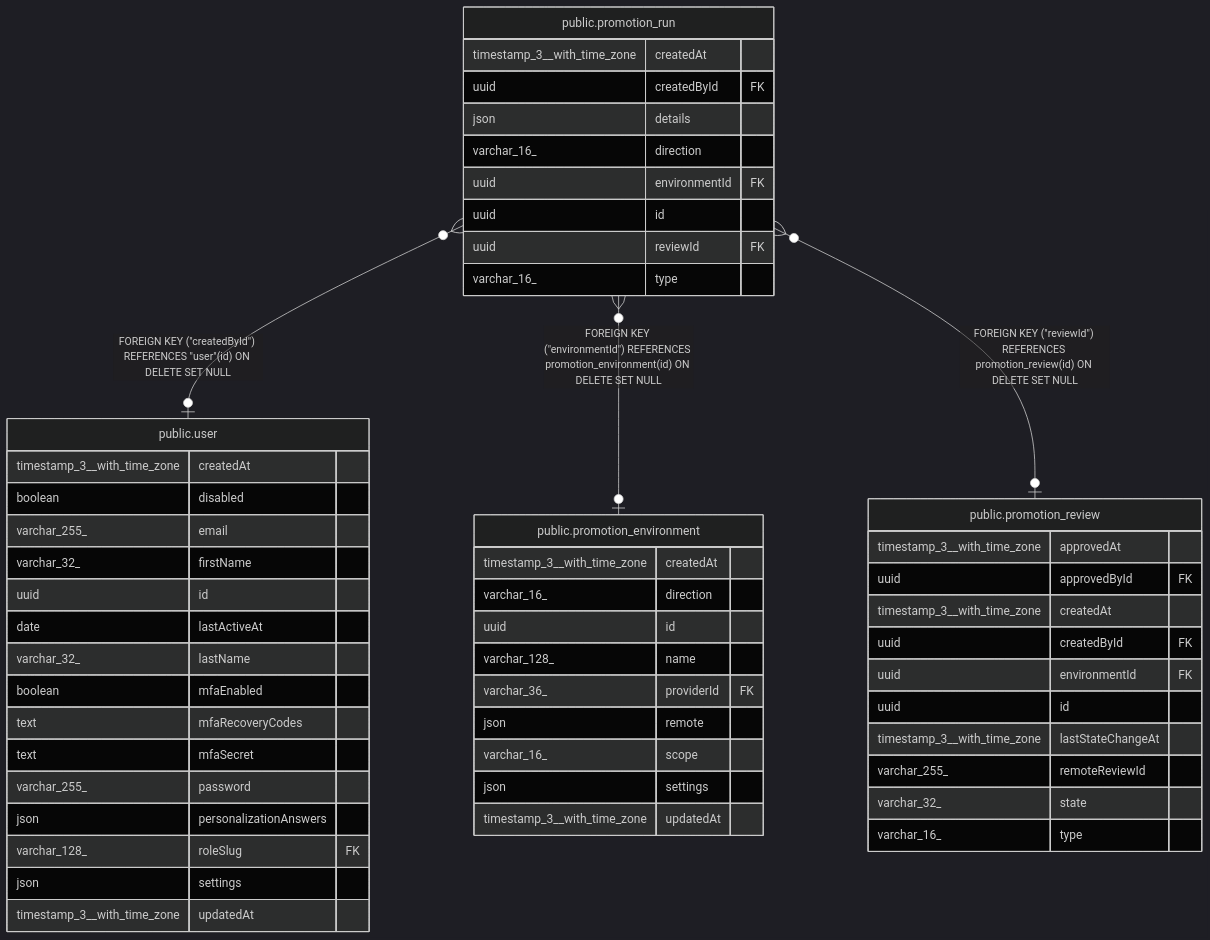
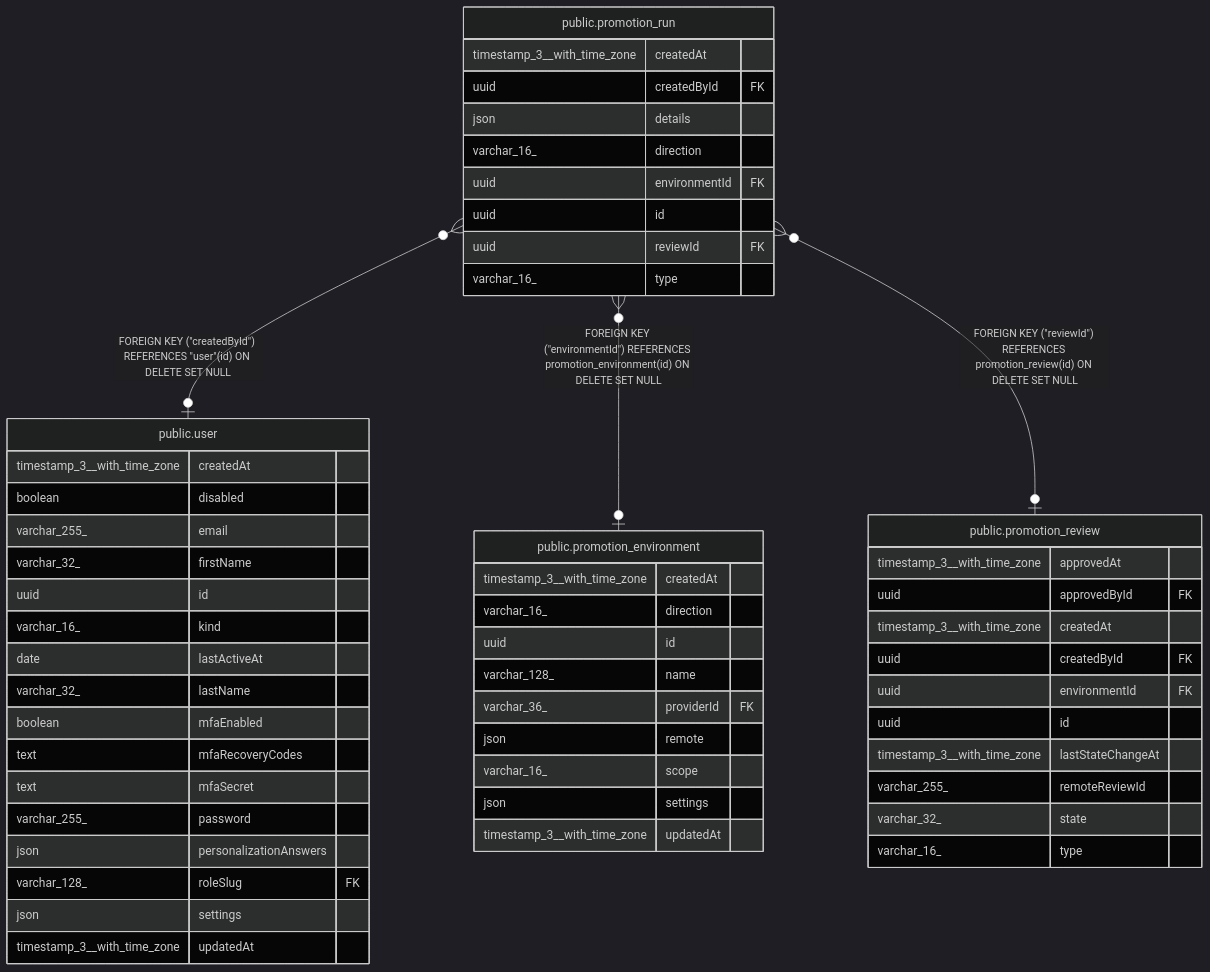
One commit to jalaluddinkhan1/n8n changed the diagram in docs/generated/postgres-schema/public.promotion_run.md. Above: the diagram before and after it, drawn with Mermaid (dark theme). The commit also changed 102 other files, not shown here.

````diff
--- a/docs/generated/postgres-schema/public.promotion_run.md
+++ b/docs/generated/postgres-schema/public.promotion_run.md
@@ -41,58 +41,59 @@
 ```mermaid
 erDiagram
 
 "public.promotion_run" }o--o| "public.user" : "FOREIGN KEY (#quot;createdById#quot;) REFERENCES #quot;user#quot;(id) ON DELETE SET NULL"
 "public.promotion_run" }o--o| "public.promotion_environment" : "FOREIGN KEY (#quot;environmentId#quot;) REFERENCES promotion_environment(id) ON DELETE SET NULL"
 "public.promotion_run" }o--o| "public.promotion_review" : "FOREIGN KEY (#quot;reviewId#quot;) REFERENCES promotion_review(id) ON DELETE SET NULL"
 
 "public.promotion_run" {
   timestamp_3__with_time_zone createdAt
   uuid createdById FK
   json details
   varchar_16_ direction
   uuid environmentId FK
   uuid id
   uuid reviewId FK
   varchar_16_ type
 }
 "public.user" {
   timestamp_3__with_time_zone createdAt
   boolean disabled
   varchar_255_ email
   varchar_32_ firstName
   uuid id
+  varchar_16_ kind
   date lastActiveAt
   varchar_32_ lastName
   boolean mfaEnabled
   text mfaRecoveryCodes
   text mfaSecret
   varchar_255_ password
   json personalizationAnswers
   varchar_128_ roleSlug FK
   json settings
   timestamp_3__with_time_zone updatedAt
 }
 "public.promotion_environment" {
   timestamp_3__with_time_zone createdAt
   varchar_16_ direction
   uuid id
   varchar_128_ name
   varchar_36_ providerId FK
   json remote
   varchar_16_ scope
   json settings
   timestamp_3__with_time_zone updatedAt
 }
 "public.promotion_review" {
   timestamp_3__with_time_zone approvedAt
   uuid approvedById FK
   timestamp_3__with_time_zone createdAt
   uuid createdById FK
   uuid environmentId FK
   uuid id
   timestamp_3__with_time_zone lastStateChangeAt
   varchar_255_ remoteReviewId
   varchar_32_ state
   varchar_16_ type
 }
 ```
````
